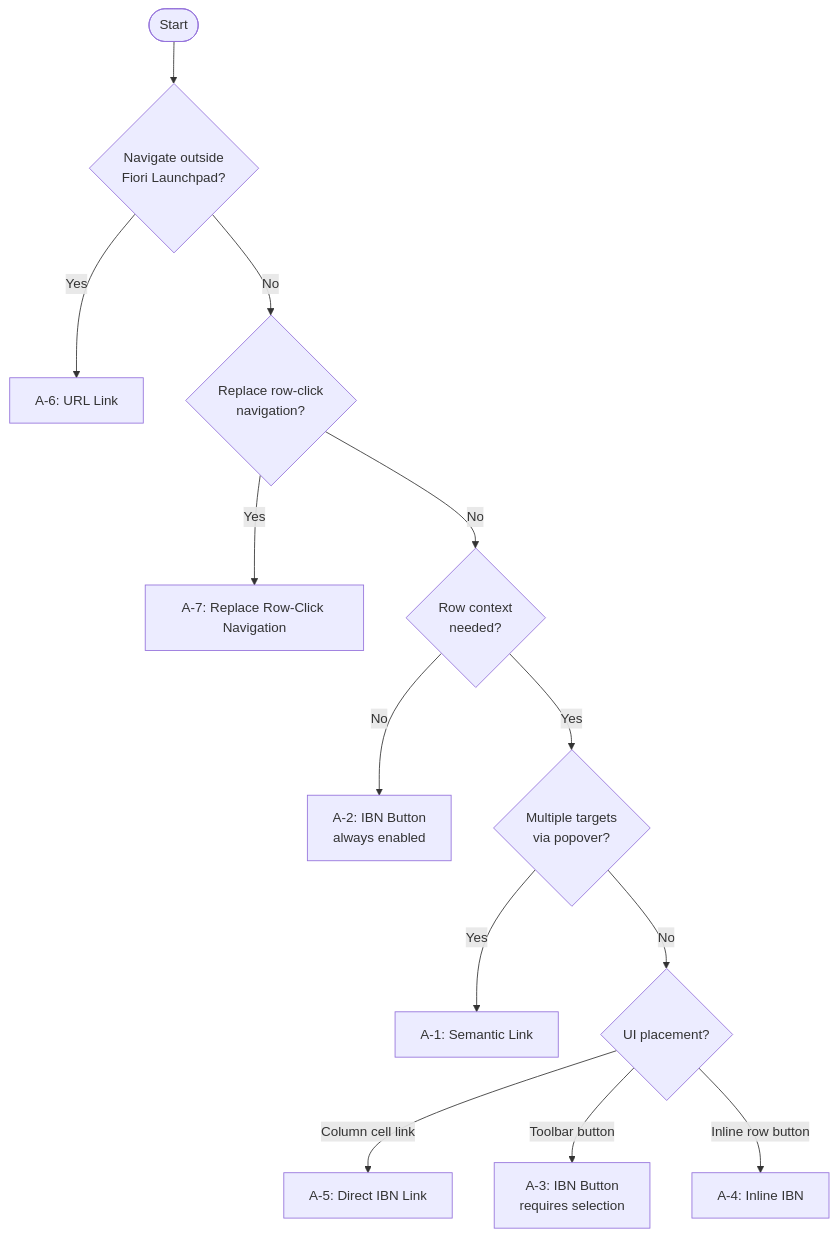
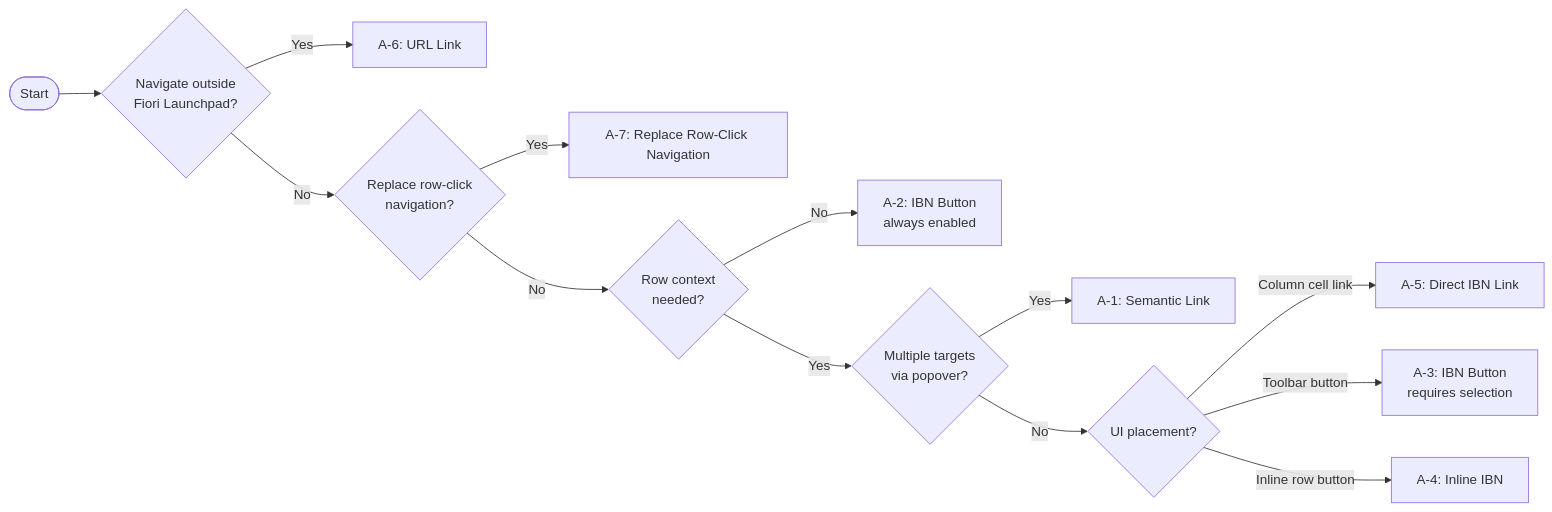
One commit to miyasuta/fiori-navigation-patterns changed the diagram in readme.md. Above: the diagram before and after it, drawn with Mermaid.

Commit message:
Change flowchart direction from TD to LR

````diff
--- a/readme.md
+++ b/readme.md
@@ -59,15 +59,15 @@
 ```mermaid
-flowchart TD
+flowchart LR
     A([Start]) --> B{Navigate outside\nFiori Launchpad?}
     B -- Yes --> A6[A-6: URL Link]
     B -- No --> C{Replace row-click\nnavigation?}
     C -- Yes --> A7[A-7: Replace Row-Click Navigation]
     C -- No --> D{Row context\nneeded?}
     D -- No --> A2[A-2: IBN Button\nalways enabled]
     D -- Yes --> E{Multiple targets\nvia popover?}
     E -- Yes --> A1[A-1: Semantic Link]
     E -- No --> F{UI placement?}
     F -- Column cell link --> A5[A-5: Direct IBN Link]
     F -- Toolbar button --> A3[A-3: IBN Button\nrequires selection]
     F -- Inline row button --> A4[A-4: Inline IBN]
 ```
````
